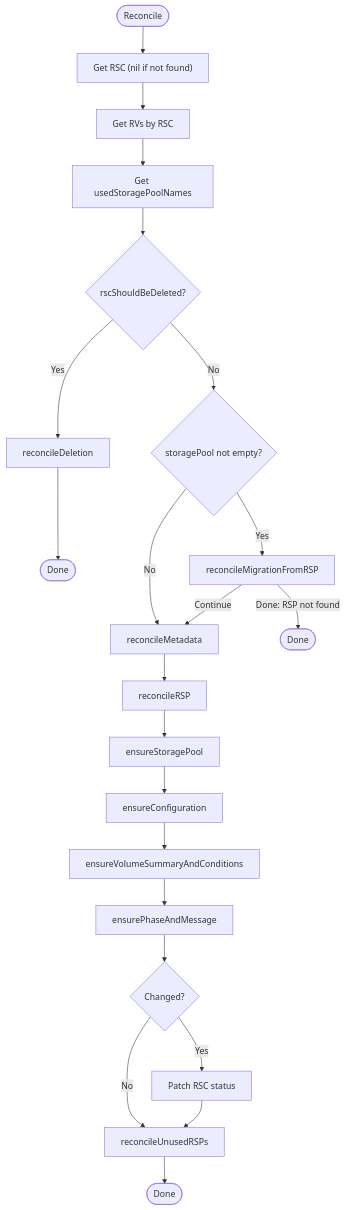
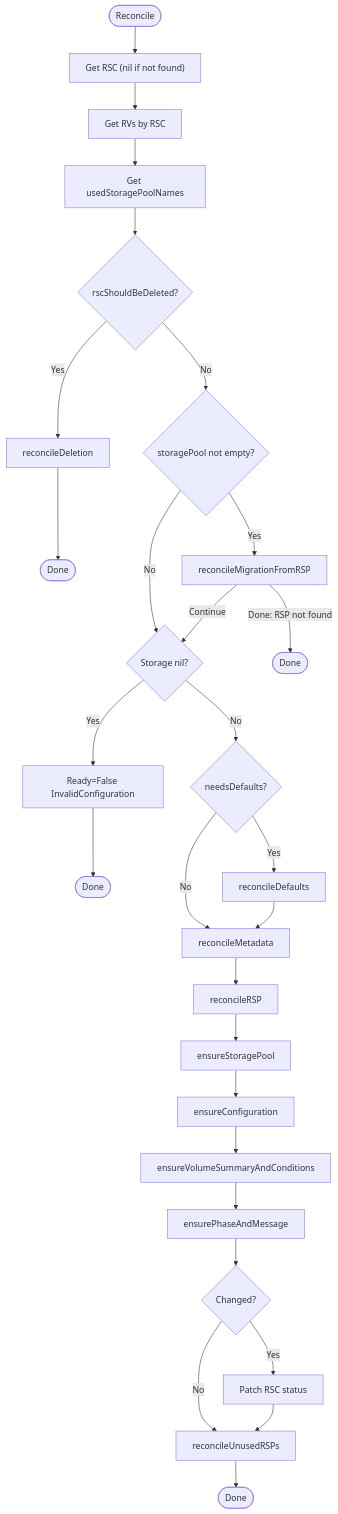
Before and after one commit to deckhouse/sds-replicated-volume: the first of 8 diagrams in images/controller/internal/controllers/rsc_controller/README.md, drawn with Mermaid. The commit also changed other lines of this file and 9 other files, not shown here.

````diff
--- a/images/controller/internal/controllers/rsc_controller/README.md
+++ b/images/controller/internal/controllers/rsc_controller/README.md
@@ -74,28 +80,37 @@
 ```mermaid
 flowchart TD
     Start([Reconcile]) --> GetRSC["Get RSC (nil if not found)"]
     GetRSC --> GetRVs[Get RVs by RSC]
     GetRVs --> GetUsedPools[Get usedStoragePoolNames]
 
     GetUsedPools --> ShouldDelete{rscShouldBeDeleted?}
     ShouldDelete -->|Yes| Deletion[reconcileDeletion]
     Deletion --> DeletionDone([Done])
 
     ShouldDelete -->|No| Migration{storagePool not empty?}
     Migration -->|Yes| MigrationStep[reconcileMigrationFromRSP]
-    Migration -->|No| Metadata
+    Migration -->|No| CheckStorage
     MigrationStep -->|Done: RSP not found| MigrationDone([Done])
-    MigrationStep -->|Continue| Metadata[reconcileMetadata]
+    MigrationStep -->|Continue| CheckStorage
+
+    CheckStorage{Storage nil?}
+    CheckStorage -->|Yes| StorageInvalid["Ready=False InvalidConfiguration"]
+    StorageInvalid --> StorageInvalidDone([Done])
+    CheckStorage -->|No| NeedsDefaults{needsDefaults?}
+
+    NeedsDefaults -->|Yes| Defaults[reconcileDefaults]
+    NeedsDefaults -->|No| Metadata
+    Defaults --> Metadata[reconcileMetadata]
 
     Metadata --> ReconcileRSP[reconcileRSP]
     ReconcileRSP --> EnsureStoragePool[ensureStoragePool]
     EnsureStoragePool --> EnsureConfig[ensureConfiguration]
     EnsureConfig --> EnsureVolumes[ensureVolumeSummaryAndConditions]
     EnsureVolumes --> EnsurePhase[ensurePhaseAndMessage]
     EnsurePhase --> PatchDecision{Changed?}
     PatchDecision -->|Yes| PatchStatus[Patch RSC status]
     PatchDecision -->|No| ReleaseRSPs
     PatchStatus --> ReleaseRSPs
 
     ReleaseRSPs[reconcileUnusedRSPs] --> EndNode([Done])
 ```
````
